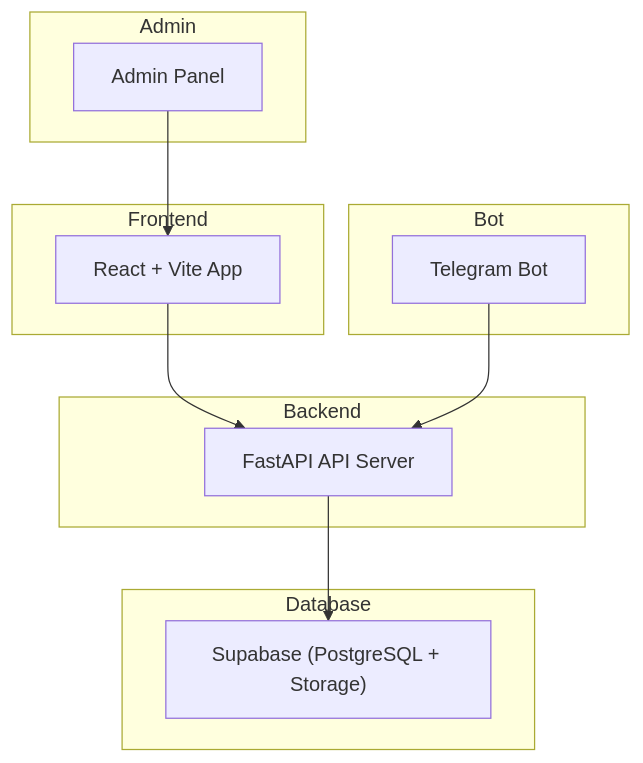
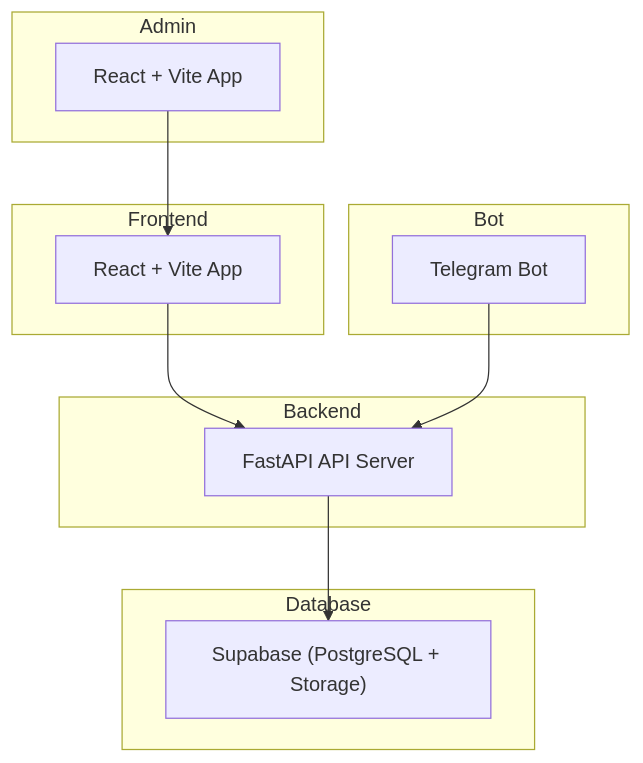
One commit to DevFalkon/NTUGuessr changed the diagram in README.md. Above: the diagram before and after it, drawn with Mermaid. The commit also changed 1 other file, not shown here.

Commit message:
added vercel config

````diff
--- a/README.md
+++ b/README.md
@@ -159,29 +159,29 @@
 ```mermaid
 
 graph TD
 
     subgraph Frontend
         F[React + Vite App]
     end
 
     subgraph Bot
         T[Telegram Bot]
     end
 
     subgraph Backend
         B[FastAPI API Server]
     end
 
     subgraph Admin
-        A[Admin Panel]
+        A[React + Vite App]
     end
 
     subgraph Database
         S["Supabase (PostgreSQL + Storage)"]
     end
 
     F --> B
     T --> B
     B --> S
     A --> F
 ```
````
